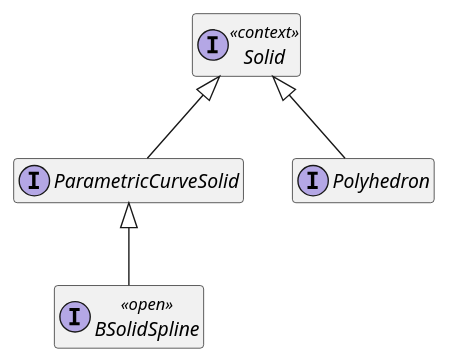
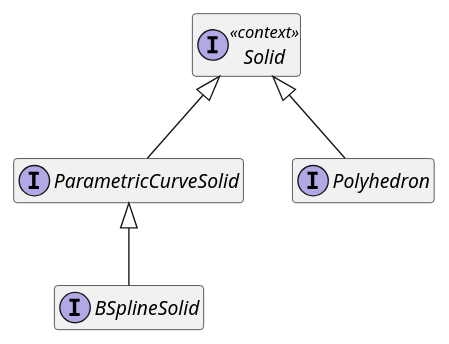
One commit to apache/sis changed the fifth of 6 diagrams in incubator/src/org.apache.sis.geometry/main/org/apache/sis/geometries/summary.adoc. Above: the diagram before and after it, drawn with PlantUML. The commit also changed other lines of this file and 17 other files, not shown here.

```diff
--- a/incubator/src/org.apache.sis.geometry/main/org/apache/sis/geometries/summary.adoc
+++ b/incubator/src/org.apache.sis.geometry/main/org/apache/sis/geometries/summary.adoc
@@ -239,32 +235,28 @@
 [plantuml,geometry-solids,svg]
 ....
 @startuml
 hide empty members
 skinparam shadowing false
 skinparam interface {
     BackgroundColor #FDFDFD
     BorderColor #4A6785
-}
-skinparam interface<<open>> {
-    BackgroundColor #FFF6E0
-    BorderColor #C9A227
 }
 skinparam interface<<context>> {
     BackgroundColor #EEF3F8
     BorderColor #93A9C0
 }
 skinparam interface<<external>> {
     BackgroundColor #F0F0F0
     BorderColor #999999
 }
 
-interface BSolidSpline <<open>>
+interface BSplineSolid
 interface ParametricCurveSolid
 interface Polyhedron
 interface Solid <<context>>
 
-ParametricCurveSolid <|-- BSolidSpline
+ParametricCurveSolid <|-- BSplineSolid
 Solid <|-- ParametricCurveSolid
 Solid <|-- Polyhedron
 @enduml
 ....
```
